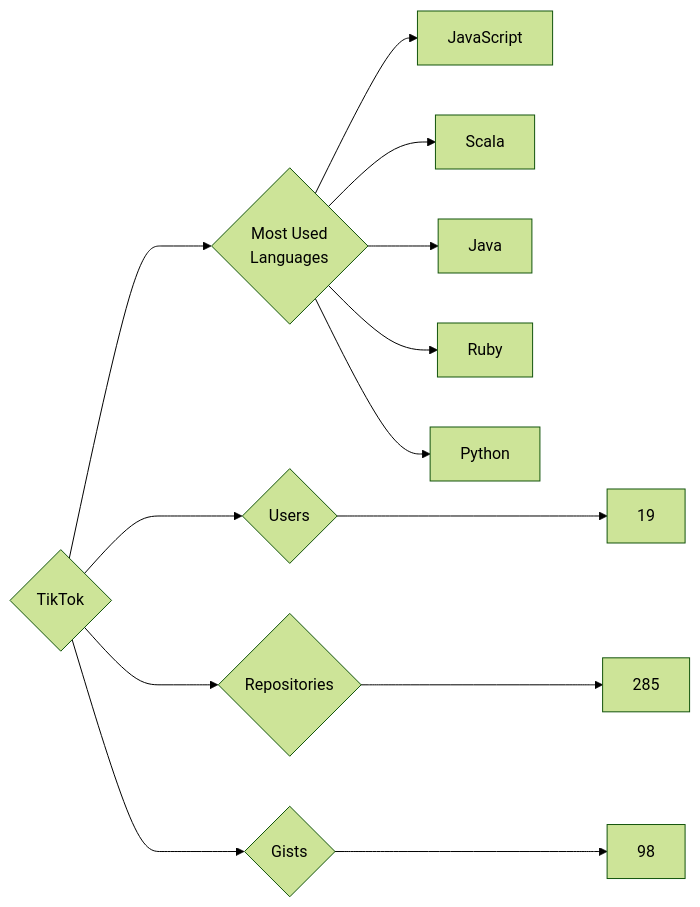
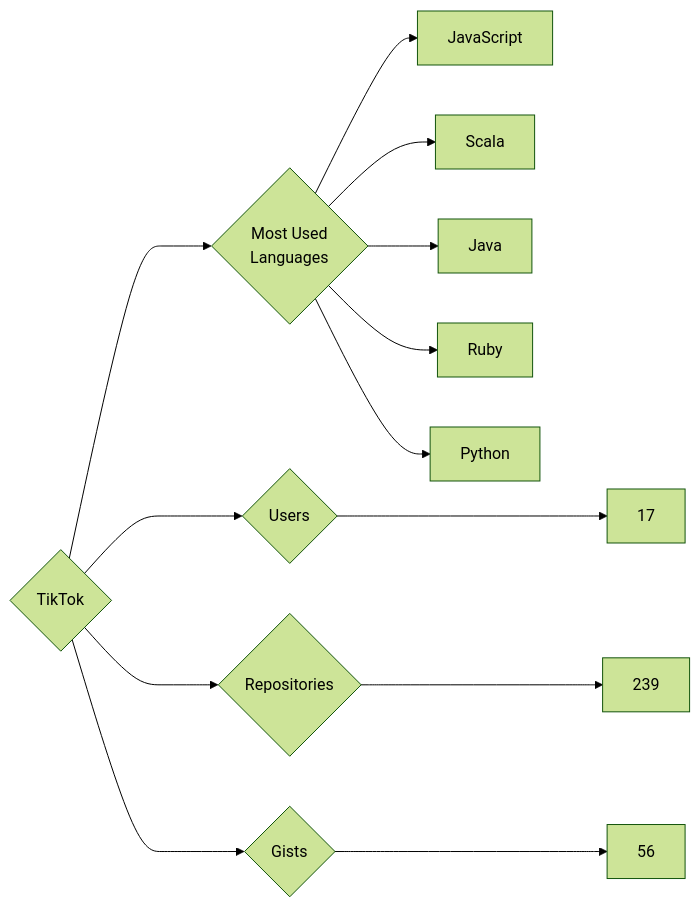
Before and after one commit to trickest/insiders: the diagram in targets/TikTok/README.md, drawn with Mermaid (forest theme). The commit also changed 928 other files, not shown here.

````diff
--- a/targets/TikTok/README.md
+++ b/targets/TikTok/README.md
@@ -3,13 +3,13 @@
 ```mermaid
 graph LR
 COMPANY_NAME{TikTok}
-COMPANY_NAME ---> U{Users} ---> UN[19]
-COMPANY_NAME ---> R{Repositories} ---> RN[285]
-COMPANY_NAME ---> G{Gists} ---> GN[98]
+COMPANY_NAME ---> U{Users} ---> UN[17]
+COMPANY_NAME ---> R{Repositories} ---> RN[239]
+COMPANY_NAME ---> G{Gists} ---> GN[56]
 COMPANY_NAME ---> ML{Most Used<br>Languages}
 ML --> JavaScript[JavaScript]
 ML --> Scala[Scala]
 ML --> Java[Java]
 ML --> Ruby[Ruby]
 ML --> Python[Python]
 ```
````
